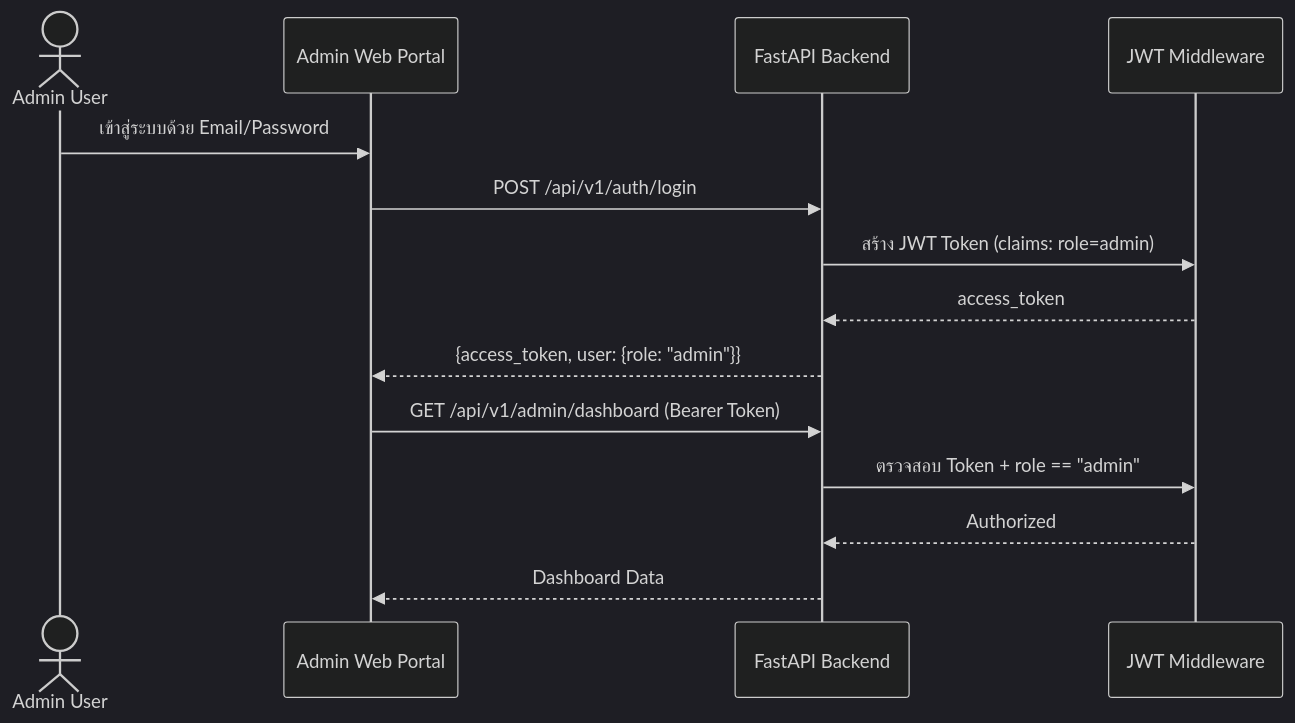
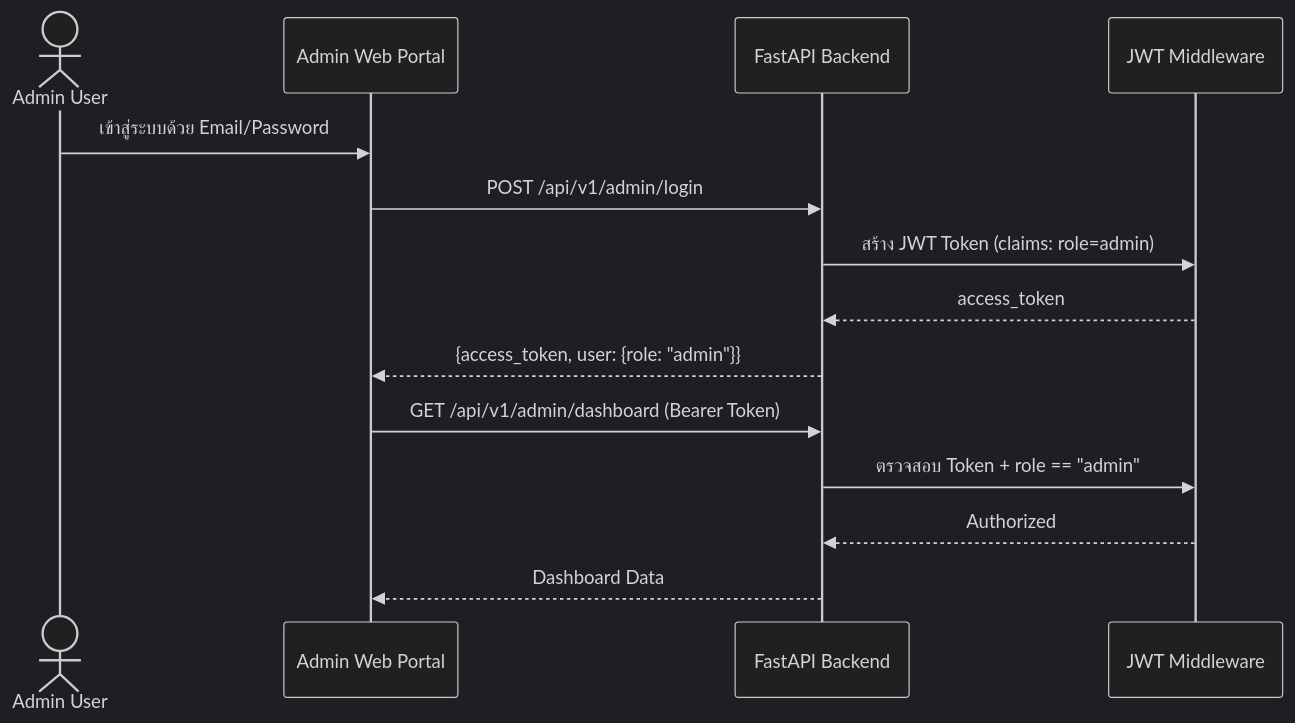
Before and after one commit to Panuwat-ta/project: the second of 4 diagrams in Document/admin/admin.md, drawn with Mermaid (dark theme). The commit also changed 6 other files, not shown here.

````diff
--- a/Document/admin/admin.md
+++ b/Document/admin/admin.md
@@ -77,17 +77,17 @@
 ```mermaid
 sequenceDiagram
     actor Admin as Admin User
     participant Portal as Admin Web Portal
     participant API as FastAPI Backend
     participant JWT as JWT Middleware
 
     Admin->>Portal: เข้าสู่ระบบด้วย Email/Password
-    Portal->>API: POST /api/v1/auth/login
+    Portal->>API: POST /api/v1/admin/login
     API->>JWT: สร้าง JWT Token (claims: role=admin)
     JWT-->>API: access_token
     API-->>Portal: {access_token, user: {role: "admin"}}
     Portal->>API: GET /api/v1/admin/dashboard (Bearer Token)
     API->>JWT: ตรวจสอบ Token + role == "admin"
     JWT-->>API: Authorized
     API-->>Portal: Dashboard Data
 ```
````
